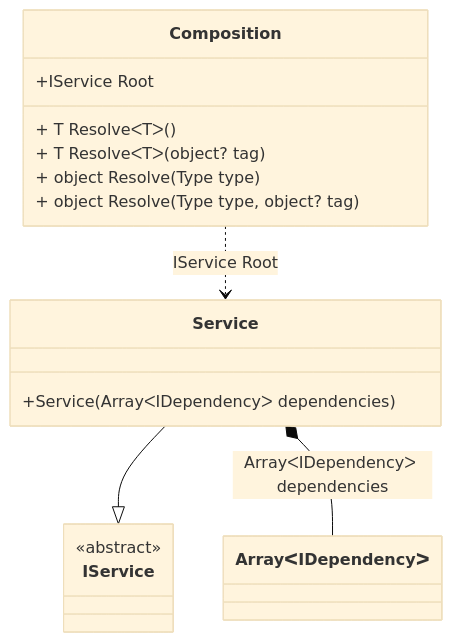
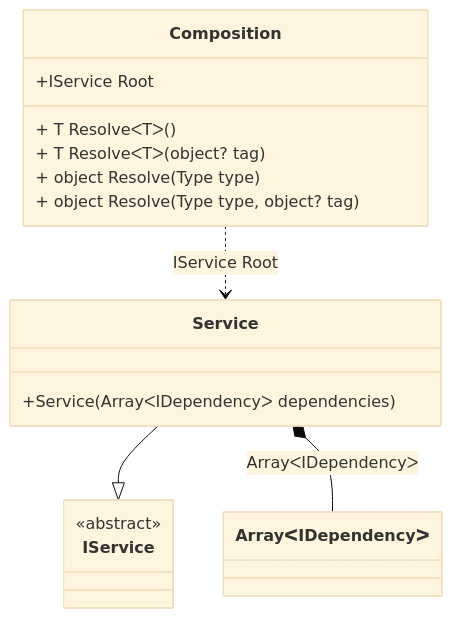
Before and after one commit to DevTeam/Pure.DI: the diagram in readme/overriding-the-bcl-binding.md, drawn with Mermaid (base theme). The commit also changed other lines of this file and 84 other files, not shown here.

````diff
--- a/readme/overriding-the-bcl-binding.md
+++ b/readme/overriding-the-bcl-binding.md
@@ -47,20 +47,20 @@
 ```mermaid
 classDiagram
   class Composition {
     +IService Root
     + T ResolveᐸTᐳ()
     + T ResolveᐸTᐳ(object? tag)
     + object Resolve(Type type)
     + object Resolve(Type type, object? tag)
   }
   Service --|> IService : 
   class Service {
     +Service(ArrayᐸIDependencyᐳ dependencies)
   }
   class ArrayᐸIDependencyᐳ
   class IService {
     <<abstract>>
   }
-  Service *--  ArrayᐸIDependencyᐳ : ArrayᐸIDependencyᐳ dependencies
+  Service *--  ArrayᐸIDependencyᐳ : ArrayᐸIDependencyᐳ
   Composition ..> Service : IService Root
 ```
````
